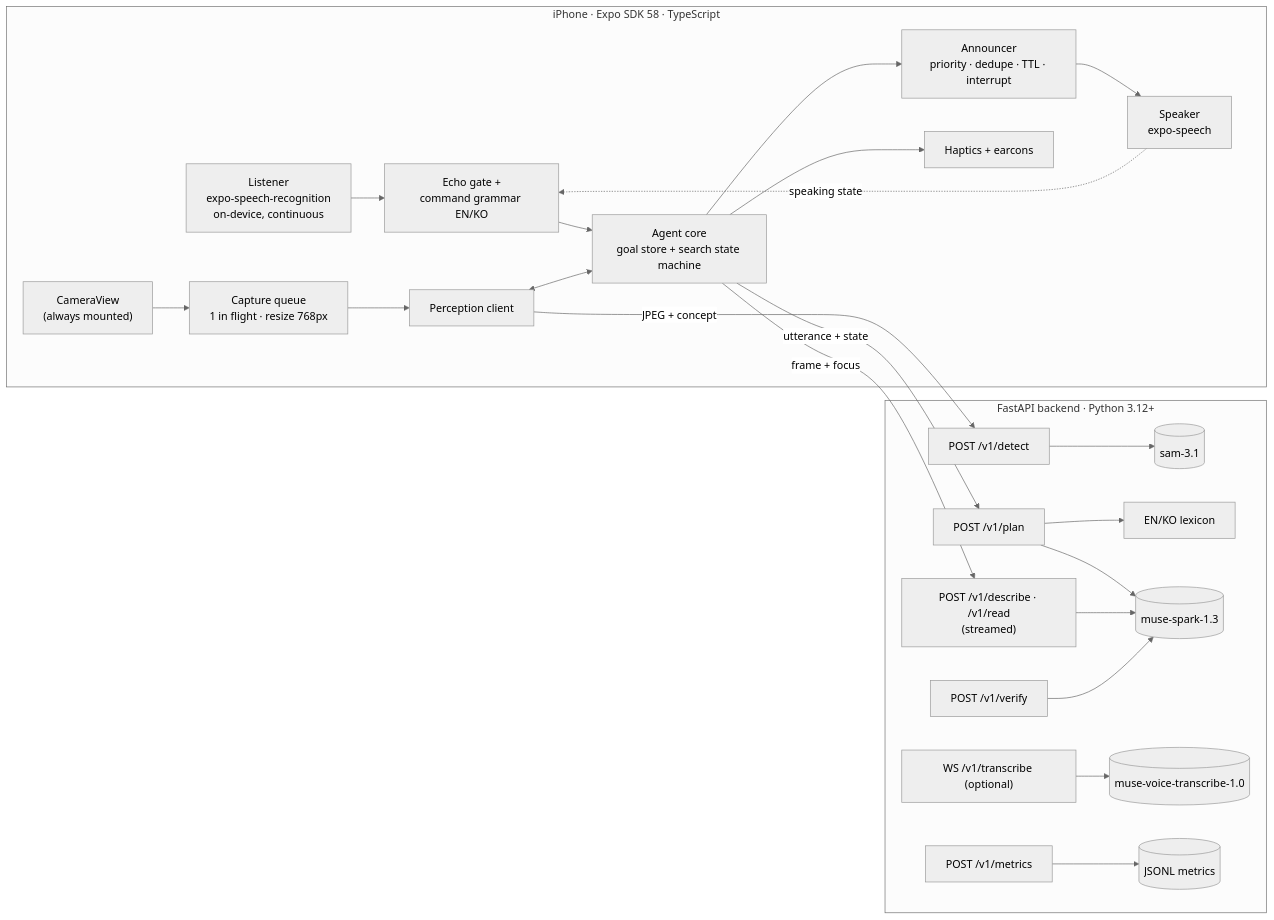
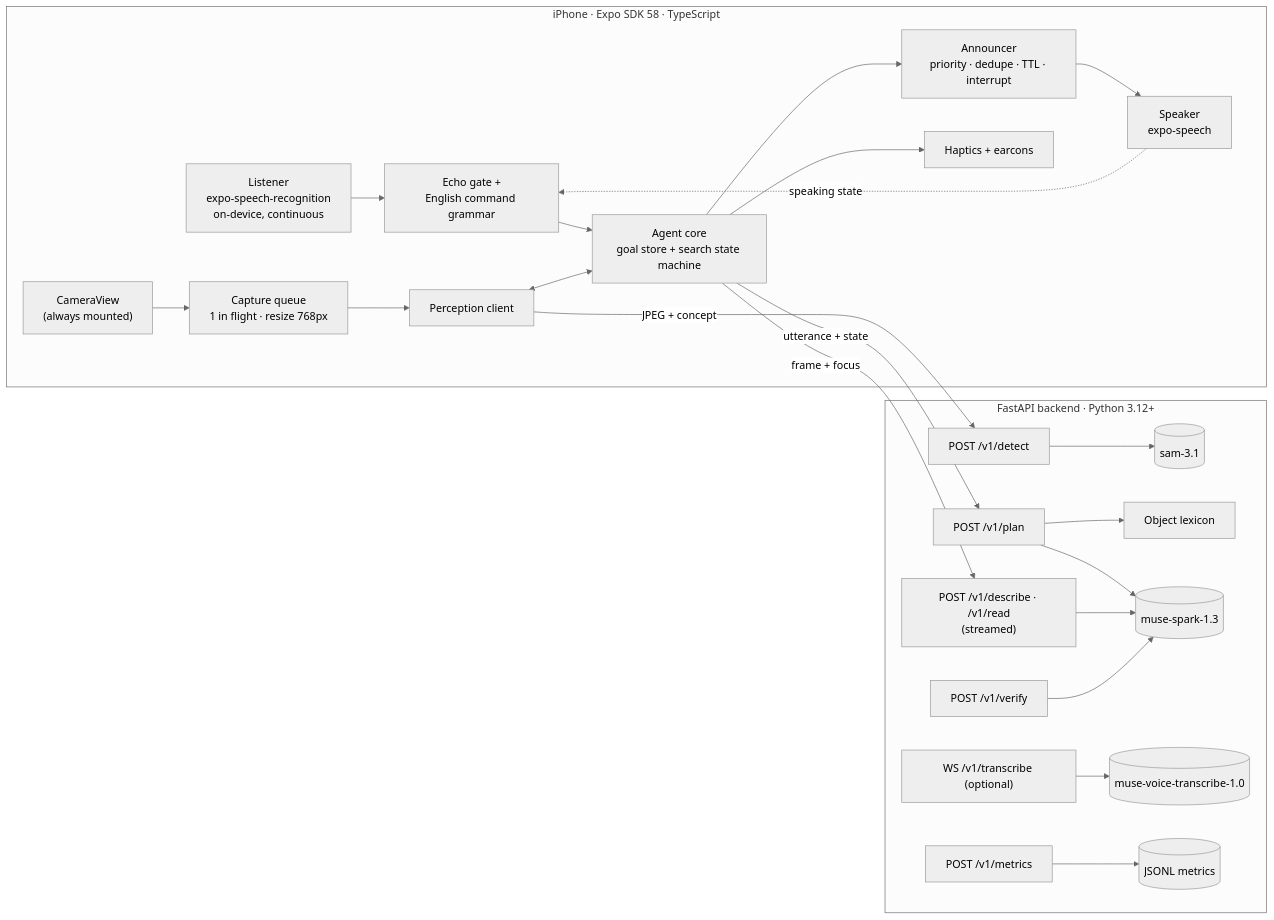
Before and after one commit to handue/heynavi: the first of 2 diagrams in docs/ARCHITECTURE.md, drawn with Mermaid (neutral theme). The commit also changed other lines of this file and 44 other files, not shown here.

First line of the commit message:
M2: on-device English voice commands, echo gate, Magic Tap fix (VS-2)

````diff
--- a/docs/ARCHITECTURE.md
+++ b/docs/ARCHITECTURE.md
@@ -16,26 +16,26 @@
 ```mermaid
 flowchart LR
   subgraph Phone["iPhone · Expo SDK 58 · TypeScript"]
-    STT["Listener<br/>expo-speech-recognition<br/>on-device, continuous"] --> GATE["Echo gate +<br/>command grammar EN/KO"]
+    STT["Listener<br/>expo-speech-recognition<br/>on-device, continuous"] --> GATE["Echo gate +<br/>English command grammar"]
     GATE --> AGENT["Agent core<br/>goal store + search state machine"]
     CAM["CameraView<br/>(always mounted)"] --> CQ["Capture queue<br/>1 in flight · resize 768px"]
     CQ --> PC["Perception client"]
     PC <--> AGENT
     AGENT --> ANN["Announcer<br/>priority · dedupe · TTL · interrupt"]
     ANN --> TTS["Speaker<br/>expo-speech"]
     AGENT --> HAP["Haptics + earcons"]
     TTS -. speaking state .-> GATE
   end
   subgraph API["FastAPI backend · Python 3.12+"]
     DET["POST /v1/detect"] --> SAM[("sam-3.1")]
-    PLAN["POST /v1/plan"] --> LEX["EN/KO lexicon"]
+    PLAN["POST /v1/plan"] --> LEX["Object lexicon"]
     PLAN --> SPARK[("muse-spark-1.3")]
     DESC["POST /v1/describe · /v1/read<br/>(streamed)"] --> SPARK
     VER["POST /v1/verify"] --> SPARK
     ASR["WS /v1/transcribe (optional)"] --> MVT[("muse-voice-transcribe-1.0")]
     MET["POST /v1/metrics"] --> LOG[("JSONL metrics")]
   end
   PC -- "JPEG + concept" --> DET
   AGENT -- "utterance + state" --> PLAN
   AGENT -- "frame + focus" --> DESC
 ```
````
